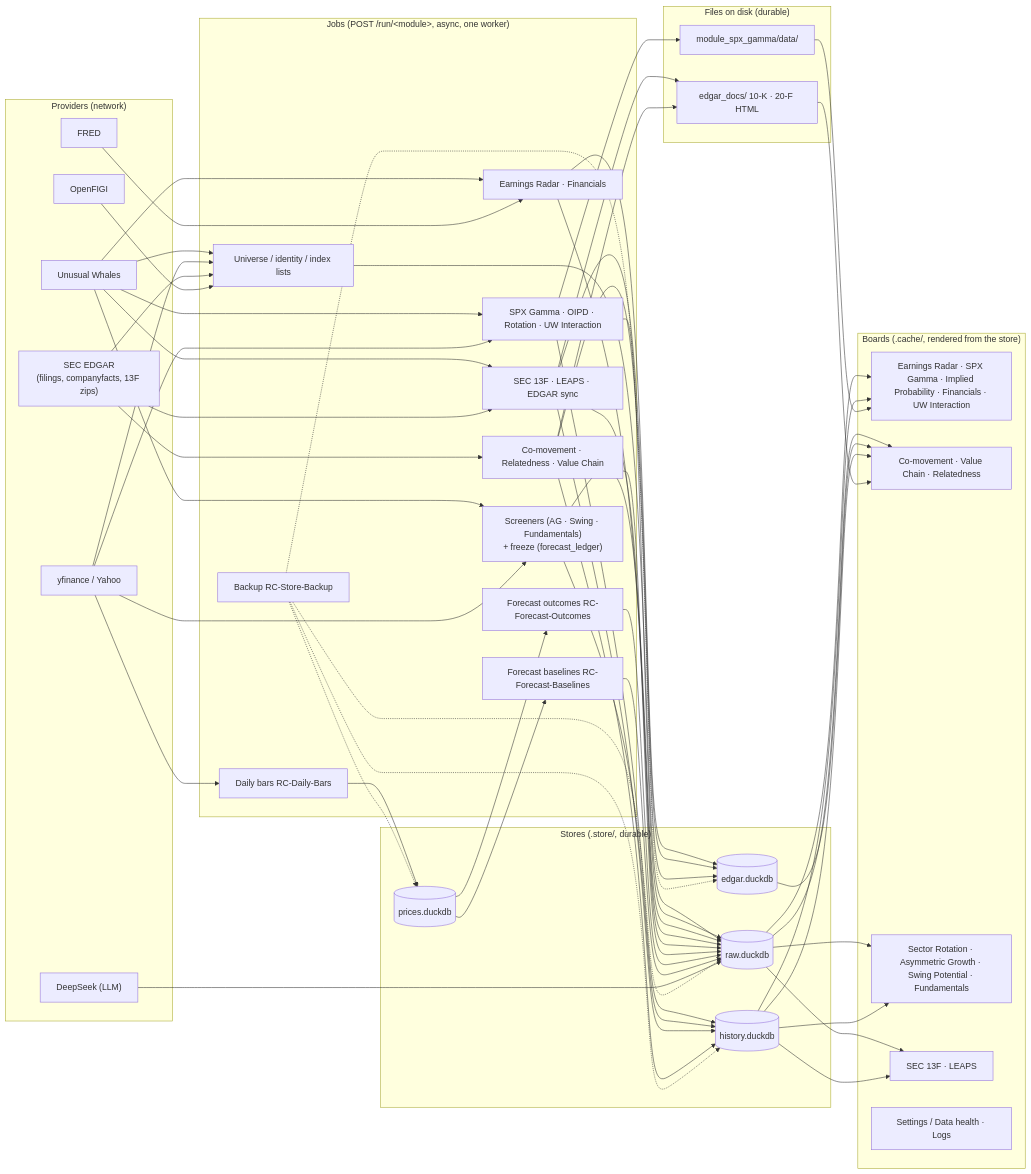
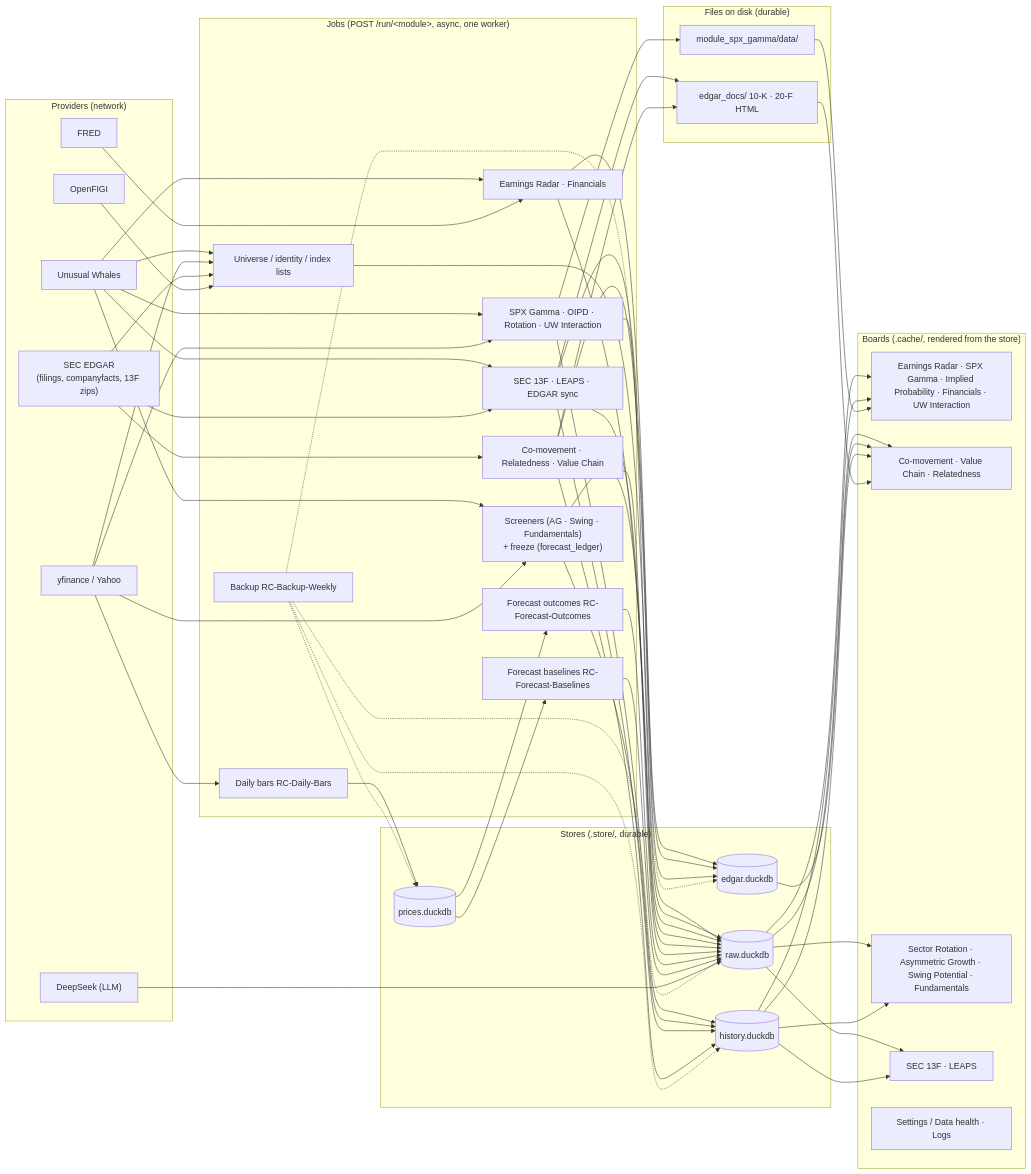
Before and after one commit to alsanvolkan/RevenueChaser-public: the diagram in docs/system_map.md, drawn with Mermaid. The commit also changed other lines of this file and 46 other files, not shown here.

First line of the commit message:
Retire the nightly backup program: RC-Store-Backup, backup_store.py, restore_store.py

````diff
--- a/docs/system_map.md
+++ b/docs/system_map.md
@@ -81,71 +81,71 @@
 ```mermaid
 flowchart LR
     subgraph providers["Providers (network)"]
         UW["Unusual Whales"]
         YF["yfinance / Yahoo"]
         SEC["SEC EDGAR<br/>(filings, companyfacts, 13F zips)"]
         FRED["FRED"]
         OF["OpenFIGI"]
         DS["DeepSeek (LLM)"]
     end
 
     subgraph jobs["Jobs (POST /run/&lt;module&gt;, async, one worker)"]
         UNI["Universe / identity / index lists"]
         MKT["SPX Gamma · OIPD · Rotation · UW Interaction"]
         SCR["Screeners (AG · Swing · Fundamentals)<br/>+ freeze (forecast_ledger)"]
         ERN["Earnings Radar · Financials"]
         OWN["SEC 13F · LEAPS · EDGAR sync"]
         COM["Co-movement · Relatedness · Value Chain"]
         BAR["Daily bars RC-Daily-Bars"]
         OUT["Forecast outcomes RC-Forecast-Outcomes"]
         BAS["Forecast baselines RC-Forecast-Baselines"]
-        BAK["Backup RC-Store-Backup"]
+        BAK["Backup RC-Backup-Weekly"]
     end
 
     subgraph stores["Stores (.store/, durable)"]
         RAW[("raw.duckdb")]
         EDGAR[("edgar.duckdb")]
         PRICES[("prices.duckdb")]
         HIST[("history.duckdb")]
     end
 
     subgraph files["Files on disk (durable)"]
         EDOCS["edgar_docs/ 10-K · 20-F HTML"]
         SPXTREE["module_spx_gamma/data/"]
     end
 
     subgraph boards["Boards (.cache/, rendered from the store)"]
         B_RESEARCH["Earnings Radar · SPX Gamma · Implied Probability · Financials · UW Interaction"]
         B_CLASS["Co-movement · Value Chain · Relatedness"]
         B_SCREEN["Sector Rotation · Asymmetric Growth · Swing Potential · Fundamentals"]
         B_OWN["SEC 13F · LEAPS"]
         B_OPS["Settings / Data health · Logs"]
     end
 
     UW --> MKT & SCR & ERN & OWN & UNI
     YF --> UNI & MKT & SCR & BAR
     SEC --> OWN & UNI & COM
     FRED --> ERN
     OF --> UNI
 
     UNI --> RAW
     MKT --> RAW & SPXTREE & HIST
     SCR --> RAW & HIST
     ERN --> RAW & EDGAR
     OWN --> RAW & EDGAR & EDOCS & HIST
     COM --> RAW & EDGAR & EDOCS & HIST
     BAR --> PRICES
     OUT --> RAW
     BAS --> RAW
     DS --> RAW
 
     RAW --> B_RESEARCH & B_CLASS & B_SCREEN & B_OWN
     EDGAR --> B_CLASS
     PRICES --> OUT
     PRICES --> BAS
     HIST --> B_RESEARCH & B_CLASS & B_SCREEN & B_OWN
     EDOCS --> B_CLASS
     SPXTREE --> B_RESEARCH
 
     BAK -.-> RAW & EDGAR & PRICES & HIST
 ```
````
